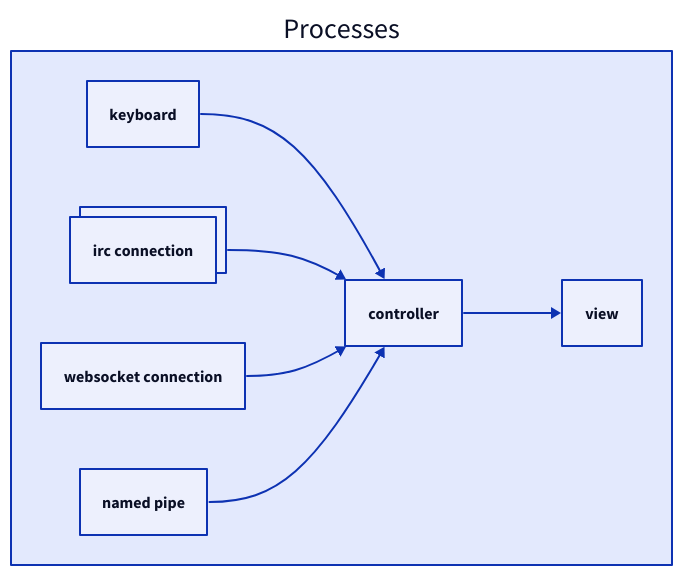
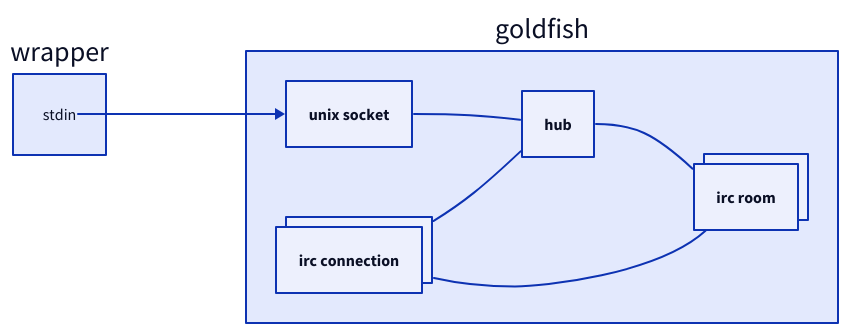
Before and after one commit to aecepoglu/twitchy-poison: the diagram in docs/process.d2, drawn with D2. The commit also changed 14 other files, not shown here.

```diff
--- a/docs/process.d2
+++ b/docs/process.d2
@@ -1,11 +1,14 @@
 direction: right
+wrapper.stdin.shape: text
 
-Processes {
+wrapper.stdin -> goldfish.unix socket
+
+goldfish {
 	irc connection.style.multiple: true
+	irc room.style.multiple: true
 
-	keyboard -> controller
-	irc connection -> controller
-	websocket connection -> controller
-	named pipe -> controller
-	controller -> view
+   unix socket -- hub
+	irc connection -- hub
+   irc connection -- irc room
+	hub -- irc room
 }
```
